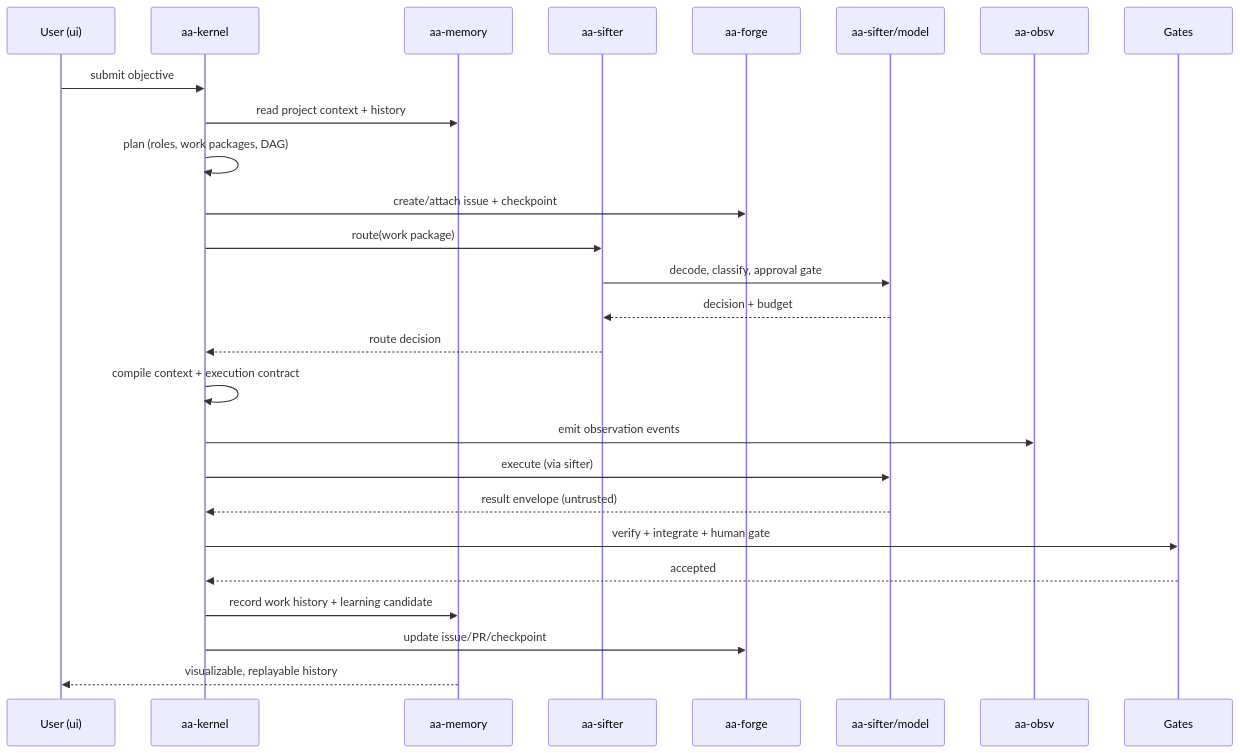
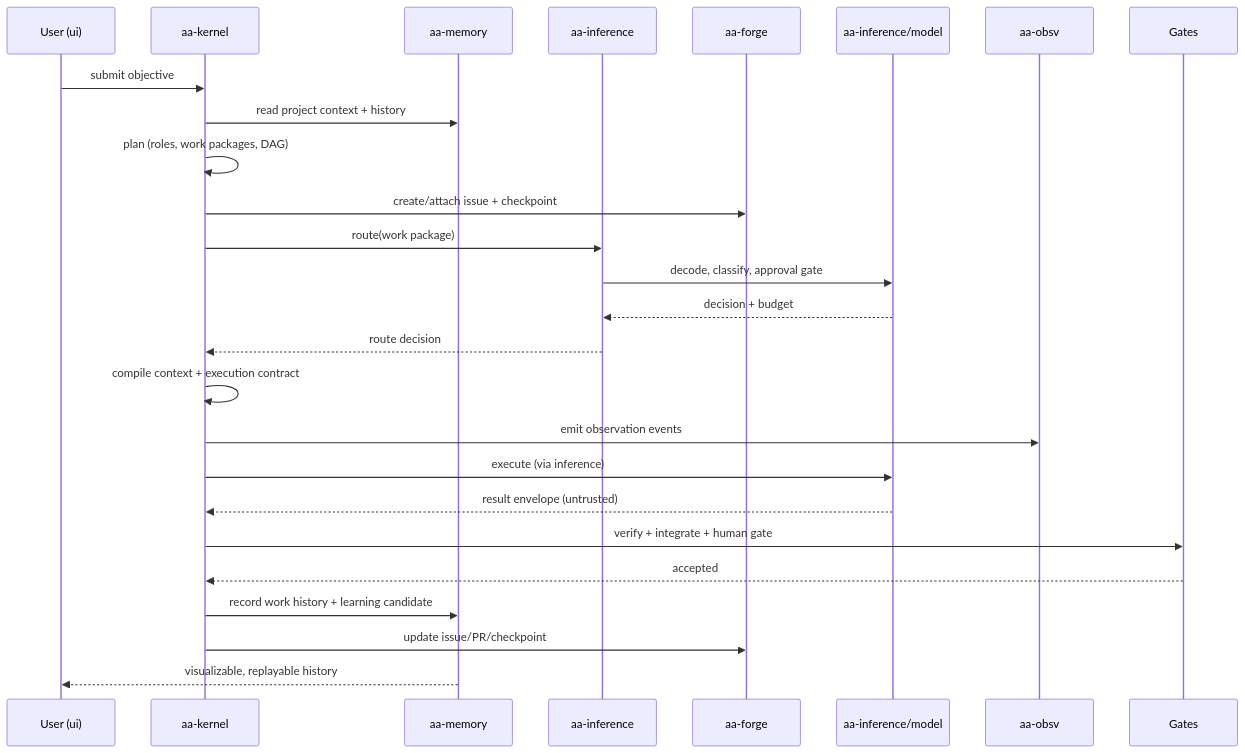
One commit to greadee/aa changed the fifth of 6 diagrams in docs/architecture/README.md. Above: the diagram before and after it, drawn with Mermaid. The commit also changed other lines of this file and 355 other files, not shown here.

Commit message:
rename sifter to inference under runtime

````diff
--- a/docs/architecture/README.md
+++ b/docs/architecture/README.md
@@ -269,29 +269,29 @@
 ```mermaid
 sequenceDiagram
     participant U as User (ui)
     participant K as aa-kernel
     participant M as aa-memory
-    participant S as aa-sifter
+    participant S as aa-inference
     participant F as aa-forge
-    participant Sf as aa-sifter/model
+    participant Sf as aa-inference/model
     participant O as aa-obsv
     participant G as Gates
 
     U->>K: submit objective
     K->>M: read project context + history
     K->>K: plan (roles, work packages, DAG)
     K->>F: create/attach issue + checkpoint
     K->>S: route(work package)
     S->>Sf: decode, classify, approval gate
     Sf-->>S: decision + budget
     S-->>K: route decision
     K->>K: compile context + execution contract
     K->>O: emit observation events
-    K->>Sf: execute (via sifter)
+    K->>Sf: execute (via inference)
     Sf-->>K: result envelope (untrusted)
     K->>G: verify + integrate + human gate
     G-->>K: accepted
     K->>M: record work history + learning candidate
     K->>F: update issue/PR/checkpoint
     M-->>U: visualizable, replayable history
 ```
````
